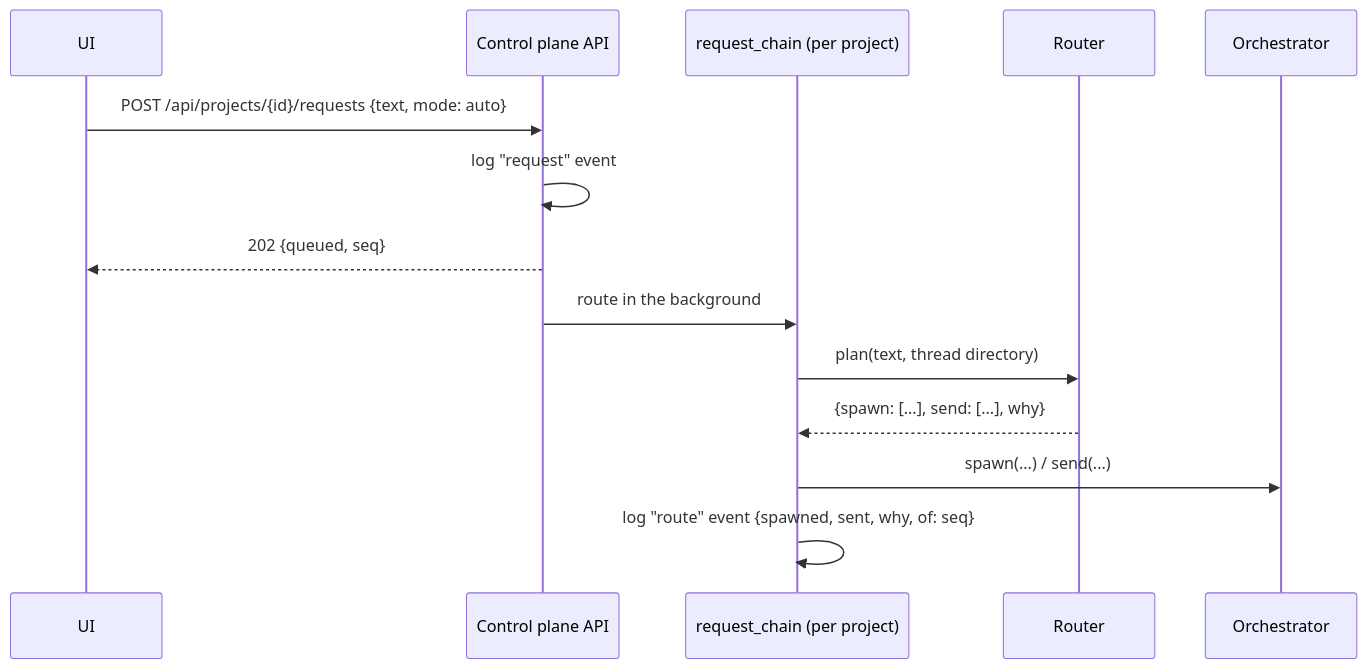
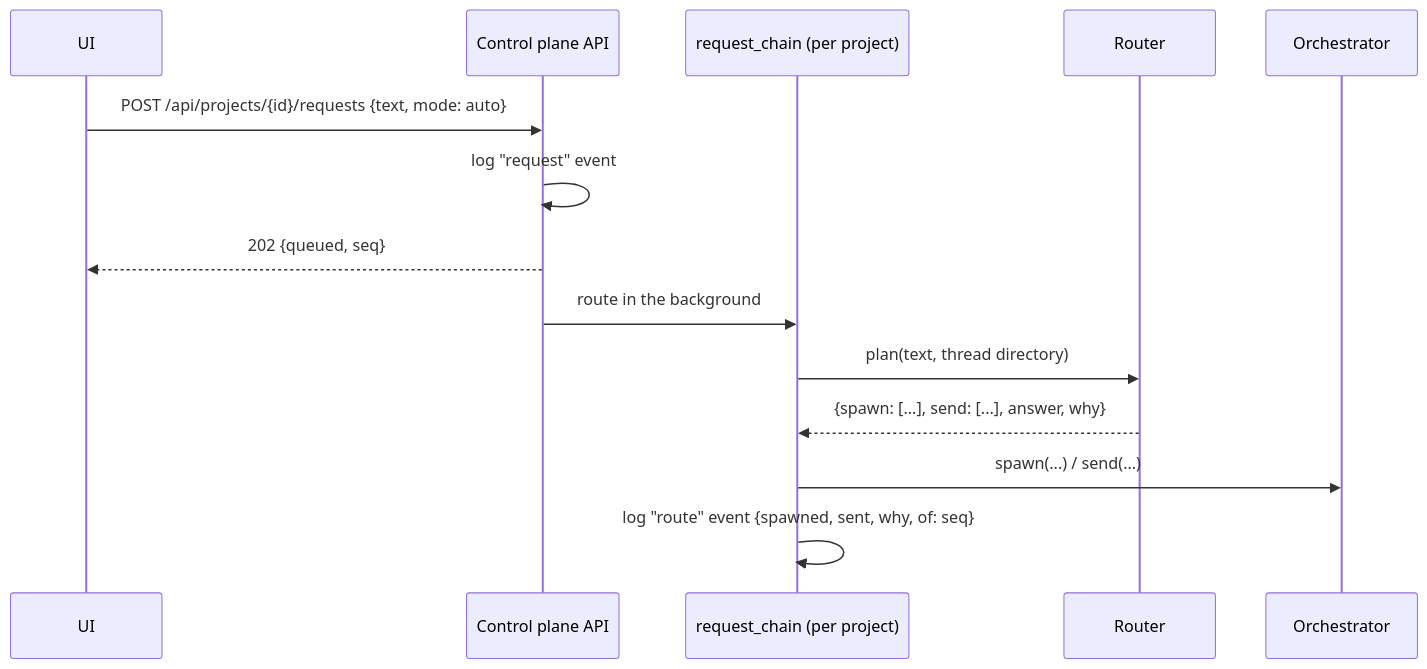
Before and after one commit to nandi-conda/orchestrate: the diagram in docs/architecture/routing.md, drawn with Mermaid. The commit also changed other lines of this file and 7 other files, not shown here.

````diff
--- a/docs/architecture/routing.md
+++ b/docs/architecture/routing.md
@@ -9,16 +9,16 @@
 ```mermaid
 sequenceDiagram
     participant UI
     participant API as Control plane API
     participant Chain as request_chain (per project)
     participant Router
     participant Orch as Orchestrator
     UI->>API: POST /api/projects/{id}/requests {text, mode: auto}
     API->>API: log "request" event
     API-->>UI: 202 {queued, seq}
     API->>Chain: route in the background
     Chain->>Router: plan(text, thread directory)
-    Router-->>Chain: {spawn: [...], send: [...], why}
+    Router-->>Chain: {spawn: [...], send: [...], answer, why}
     Chain->>Orch: spawn(...) / send(...)
     Chain->>Chain: log "route" event {spawned, sent, why, of: seq}
 ```
````
